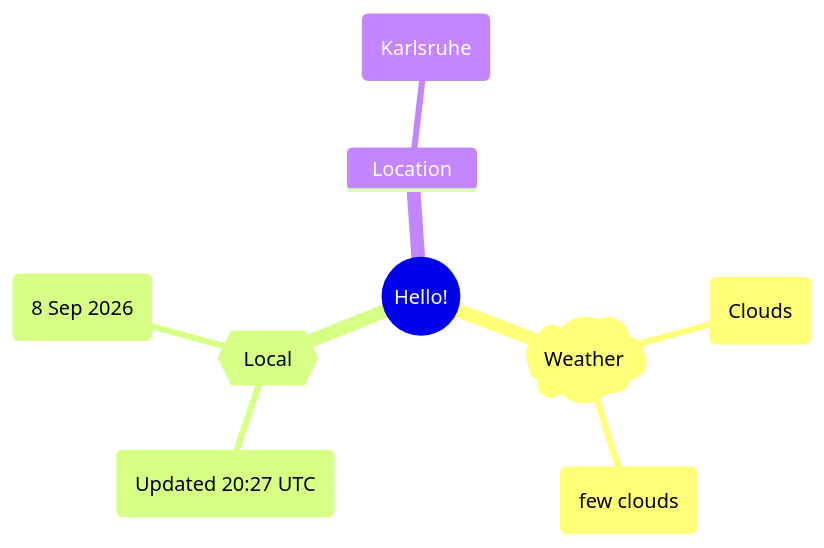
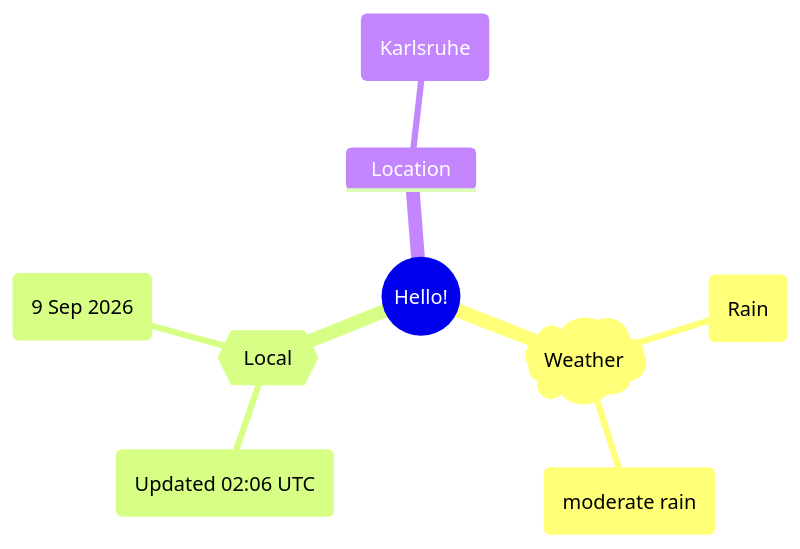
Before and after one commit to Xosrov/Xosrov: the first of 2 diagrams in README.md, drawn with Mermaid.

Commit message:
[bot] updated images

````diff
--- a/README.md
+++ b/README.md
@@ -3,12 +3,12 @@
 ```mermaid
 mindmap
   root((Hello!))
     )Weather(
-        (Clouds)
-        (few clouds)
+        (Rain)
+        (moderate rain)
     {{Local}}
-        (Updated 20:27 UTC)
-        (8 Sep 2026)
+        (Updated 02:06 UTC)
+        (9 Sep 2026)
     Location
         (Karlsruhe)
 ```
````
